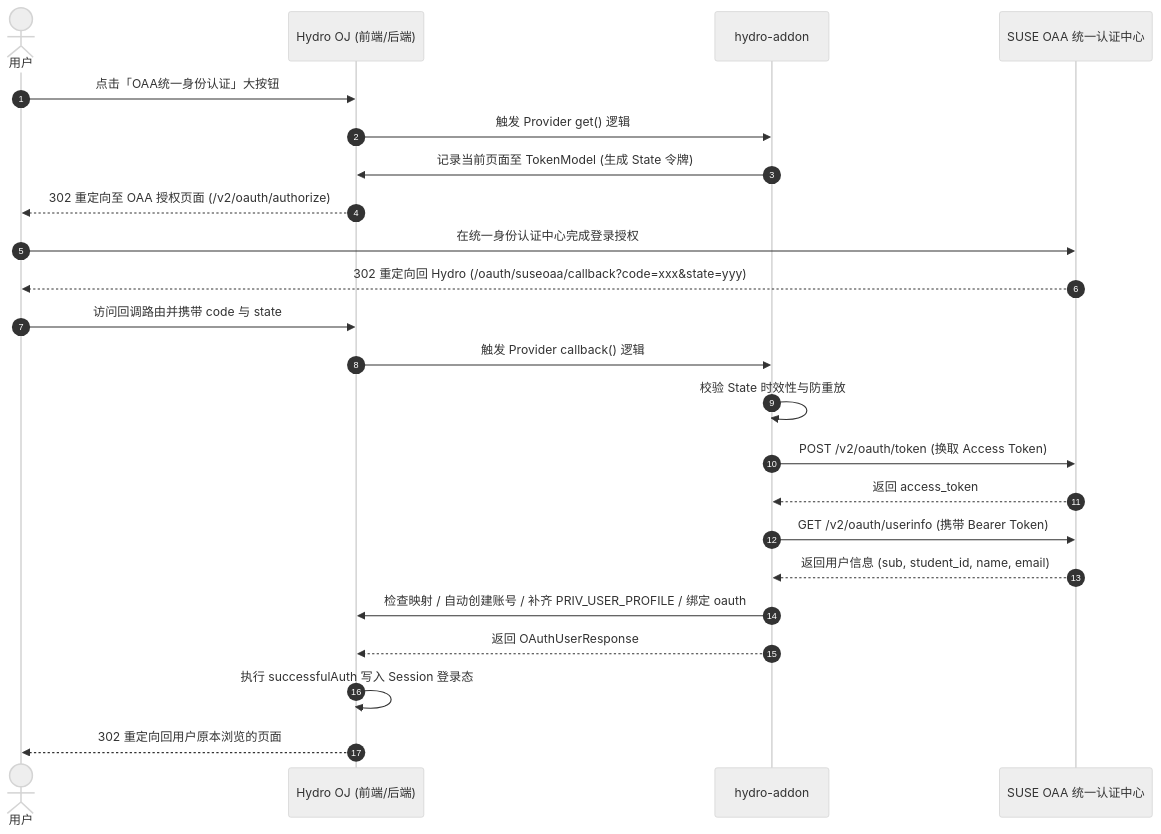
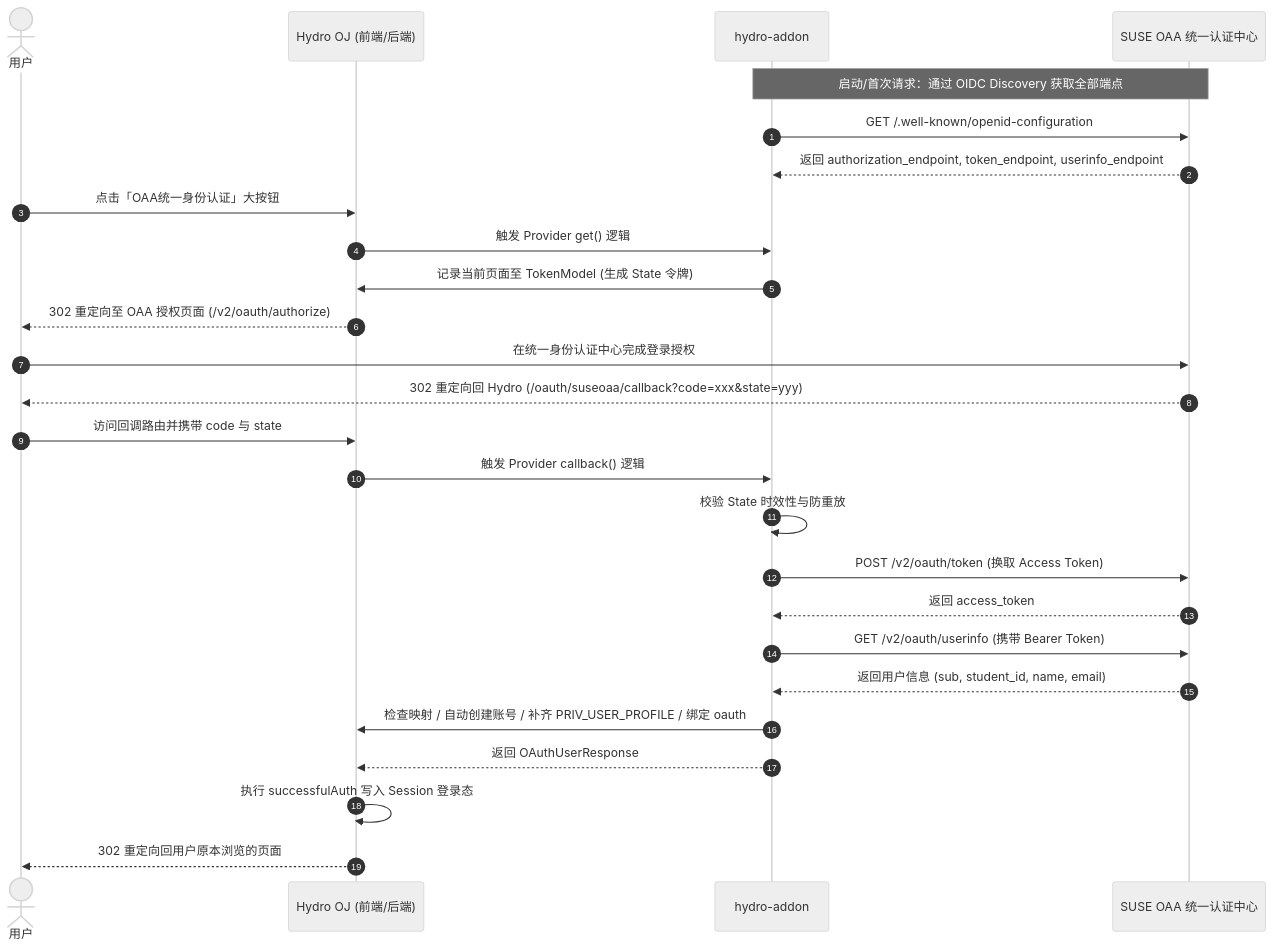
Before and after one commit to suse-edu-cn/hydro-addon: the diagram in README.md, drawn with Mermaid (neutral theme). The commit also changed other lines of this file and 1 other file, not shown here.

Commit message:
feat: support OIDC Discovery from base issuer domain

````diff
--- a/README.md
+++ b/README.md
@@ -22,26 +23,30 @@
 ```mermaid
 sequenceDiagram
     autonumber
     actor User as 用户
     participant Hydro as Hydro OJ (前端/后端)
     participant Addon as hydro-addon
     participant OAA as SUSE OAA 统一认证中心
+
+    Note over Addon,OAA: 启动/首次请求：通过 OIDC Discovery 获取全部端点
+    Addon->>OAA: GET /.well-known/openid-configuration
+    OAA-->>Addon: 返回 authorization_endpoint, token_endpoint, userinfo_endpoint
 
     User->>Hydro: 点击「OAA统一身份认证」大按钮
     Hydro->>Addon: 触发 Provider get() 逻辑
     Addon->>Hydro: 记录当前页面至 TokenModel (生成 State 令牌)
     Hydro-->>User: 302 重定向至 OAA 授权页面 (/v2/oauth/authorize)
     User->>OAA: 在统一身份认证中心完成登录授权
     OAA-->>User: 302 重定向回 Hydro (/oauth/suseoaa/callback?code=xxx&state=yyy)
     User->>Hydro: 访问回调路由并携带 code 与 state
     Hydro->>Addon: 触发 Provider callback() 逻辑
     Addon->>Addon: 校验 State 时效性与防重放
     Addon->>OAA: POST /v2/oauth/token (换取 Access Token)
     OAA-->>Addon: 返回 access_token
     Addon->>OAA: GET /v2/oauth/userinfo (携带 Bearer Token)
     OAA-->>Addon: 返回用户信息 (sub, student_id, name, email)
     Addon->>Hydro: 检查映射 / 自动创建账号 / 补齐 PRIV_USER_PROFILE / 绑定 oauth
     Addon-->>Hydro: 返回 OAuthUserResponse
     Hydro->>Hydro: 执行 successfulAuth 写入 Session 登录态
     Hydro-->>User: 302 重定向回用户原本浏览的页面
 ```
````
